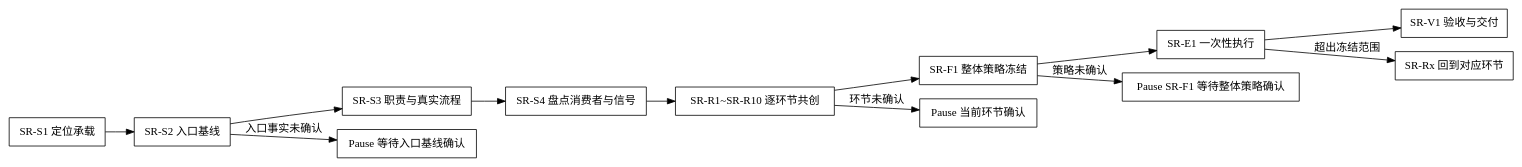
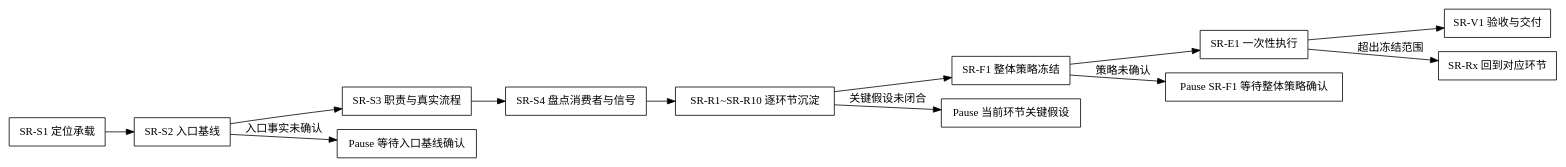
One commit to jieli-cqwl/org-claude-skills changed the diagram in shared/skills/skill-refiner/SKILL.md. Above: the diagram before and after it, drawn with Graphviz. The commit also changed other lines of this file and 51 other files, not shown here.

````diff
--- a/shared/skills/skill-refiner/SKILL.md
+++ b/shared/skills/skill-refiner/SKILL.md
@@ -59,17 +43,17 @@
 ```dot
 digraph skill_refiner_flow {
   rankdir=LR;
   node [shape=box];
   "SR-S1 定位承载" -> "SR-S2 入口基线";
   "SR-S2 入口基线" -> "SR-S3 职责与真实流程";
   "SR-S3 职责与真实流程" -> "SR-S4 盘点消费者与信号";
-  "SR-S4 盘点消费者与信号" -> "SR-R1~SR-R10 逐环节共创";
-  "SR-R1~SR-R10 逐环节共创" -> "SR-F1 整体策略冻结";
+  "SR-S4 盘点消费者与信号" -> "SR-R1~SR-R10 逐环节沉淀";
+  "SR-R1~SR-R10 逐环节沉淀" -> "SR-F1 整体策略冻结";
   "SR-F1 整体策略冻结" -> "SR-E1 一次性执行";
   "SR-E1 一次性执行" -> "SR-V1 验收与交付";
   "SR-S2 入口基线" -> "Pause 等待入口基线确认" [label="入口事实未确认"];
-  "SR-R1~SR-R10 逐环节共创" -> "Pause 当前环节确认" [label="环节未确认"];
+  "SR-R1~SR-R10 逐环节沉淀" -> "Pause 当前环节关键假设" [label="关键假设未闭合"];
   "SR-F1 整体策略冻结" -> "Pause SR-F1 等待整体策略确认" [label="策略未确认"];
   "SR-E1 一次性执行" -> "SR-Rx 回到对应环节" [label="超出冻结范围"];
 }
 ```
````
